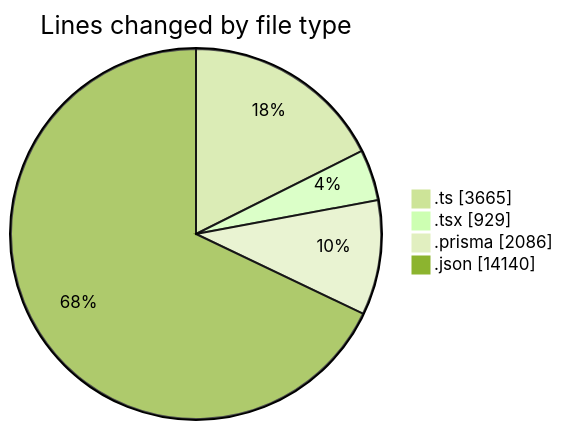
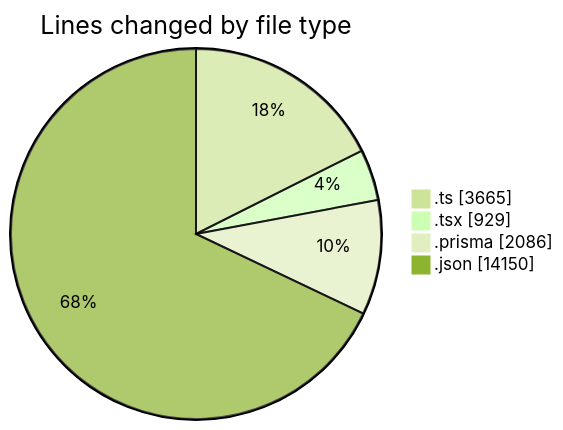
The first of 2 diagrams in 2025-05-19/ecodeli-1/README.md (CELIANVF/code-tracking), drawn with Mermaid (forest theme) before and after one commit. The commit also changed other lines of this file and 1 other file, not shown here.

````diff
--- a/2025-05-19/ecodeli-1/README.md
+++ b/2025-05-19/ecodeli-1/README.md
@@ -32,8 +32,8 @@
 ```mermaid
 pie showData
 title Lines changed by file type
 ".ts" : 3665
 ".tsx" : 929
 ".prisma" : 2086
-".json" : 14140
+".json" : 14150
 ```
````
